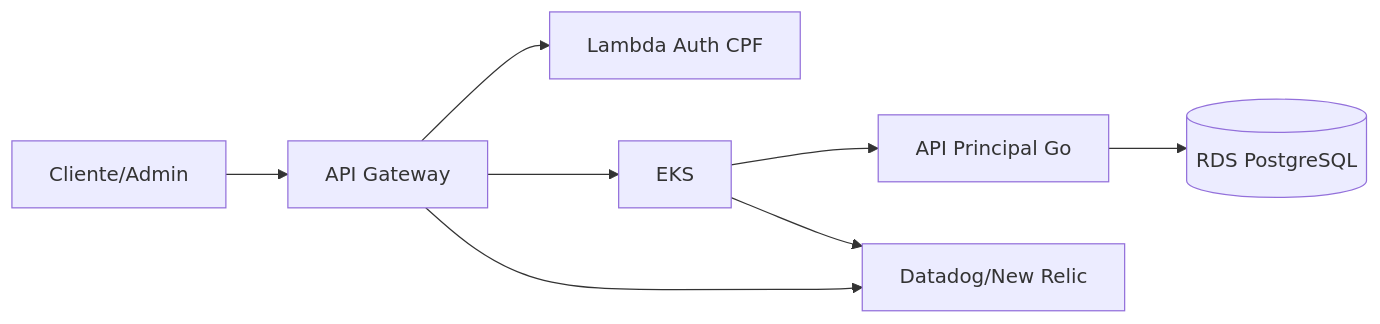
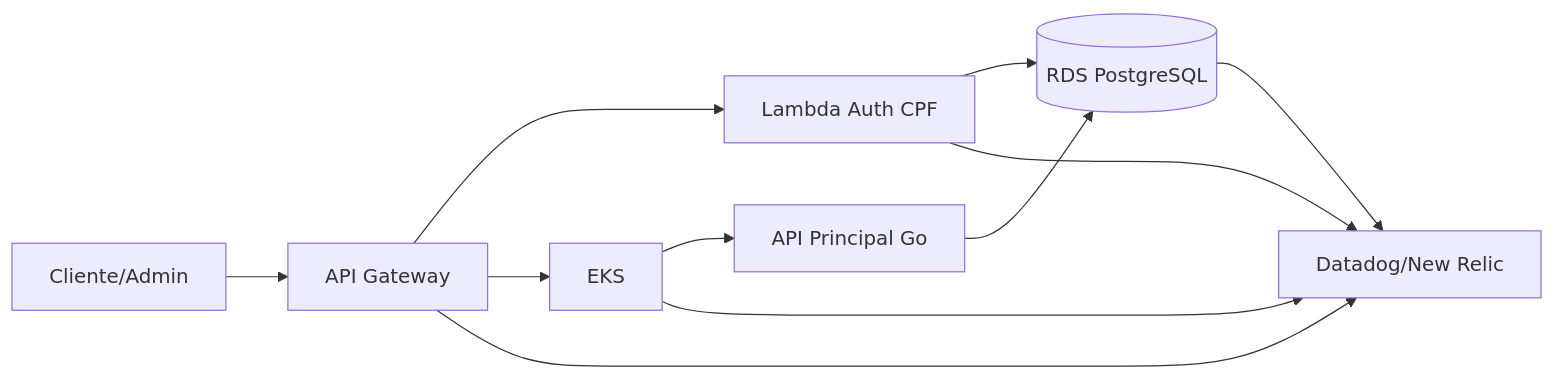
The diagram in docs/architecture/component-diagram.md (gustavodetoni/tech-challenge-infra-k8s), drawn with Mermaid before and after one commit. The commit also changed other lines of this file and 30 other files, not shown here.

````diff
--- a/docs/architecture/component-diagram.md
+++ b/docs/architecture/component-diagram.md
@@ -3,10 +3,13 @@
 ```mermaid
 flowchart LR
     user[Cliente/Admin] --> gateway[API Gateway]
     gateway --> auth[Lambda Auth CPF]
     gateway --> eks[EKS]
     eks --> api[API Principal Go]
     api --> db[(RDS PostgreSQL)]
     eks --> obs[Datadog/New Relic]
     gateway --> obs
+    auth --> db
+    auth --> obs
+    db --> obs
 ```
````
